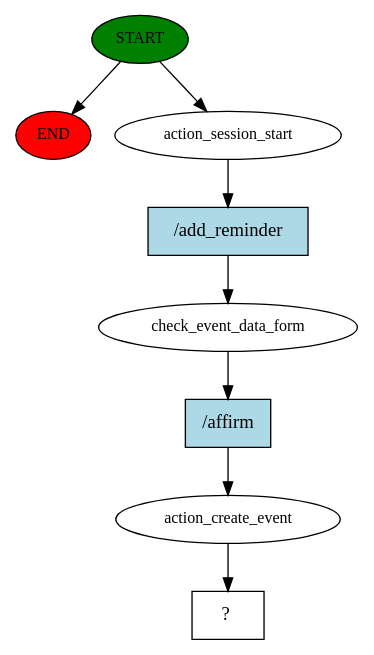
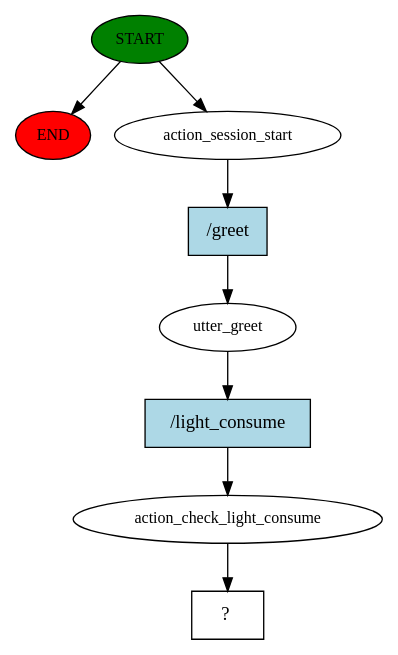
The diagram in rasa-assistant/story_graph.dot (BernardoLeandro1/PI), drawn with Graphviz before and after one commit. The commit also changed 275 other files, not shown here.

```diff
--- a/rasa-assistant/story_graph.dot
+++ b/rasa-assistant/story_graph.dot
@@ -1,17 +1,17 @@
 digraph  {
 0 [class="start active", fillcolor=green, fontsize=12, label=START, style=filled];
 "-1" [class=end, fillcolor=red, fontsize=12, label=END, style=filled];
 1 [class=active, fontsize=12, label=action_session_start];
-2 [class=active, fontsize=12, label=check_event_data_form];
-3 [class=active, fontsize=12, label=action_create_event];
+2 [class=active, fontsize=12, label=utter_greet];
+3 [class=active, fontsize=12, label=action_check_light_consume];
 4 [class="intent dashed active", label="  ?  ", shape=rect];
-5 [class="intent active", fillcolor=lightblue, label="/add_reminder", shape=rect, style=filled];
-6 [class="intent active", fillcolor=lightblue, label="/affirm", shape=rect, style=filled];
+5 [class="intent active", fillcolor=lightblue, label="/greet", shape=rect, style=filled];
+6 [class="intent active", fillcolor=lightblue, label="/light_consume", shape=rect, style=filled];
 0 -> "-1"  [class="", key=NONE, label=""];
 0 -> 1  [class=active, key=NONE, label=""];
 1 -> 5  [class=active, key=0];
 2 -> 6  [class=active, key=0];
 3 -> 4  [class=active, key=NONE, label=""];
 5 -> 2  [class=active, key=0];
 6 -> 3  [class=active, key=0];
 }
```
